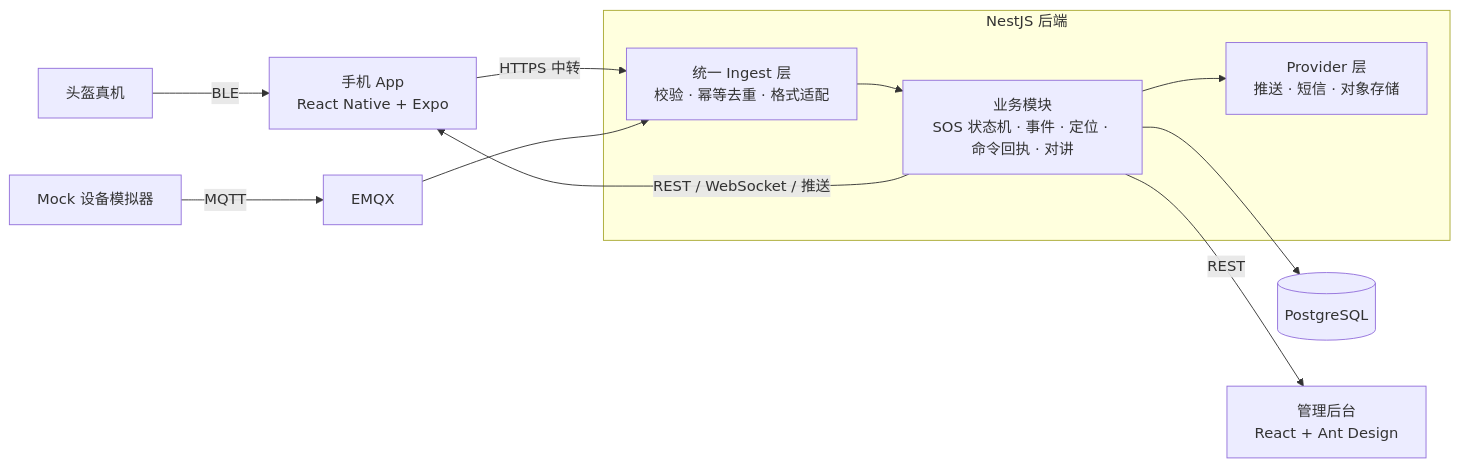
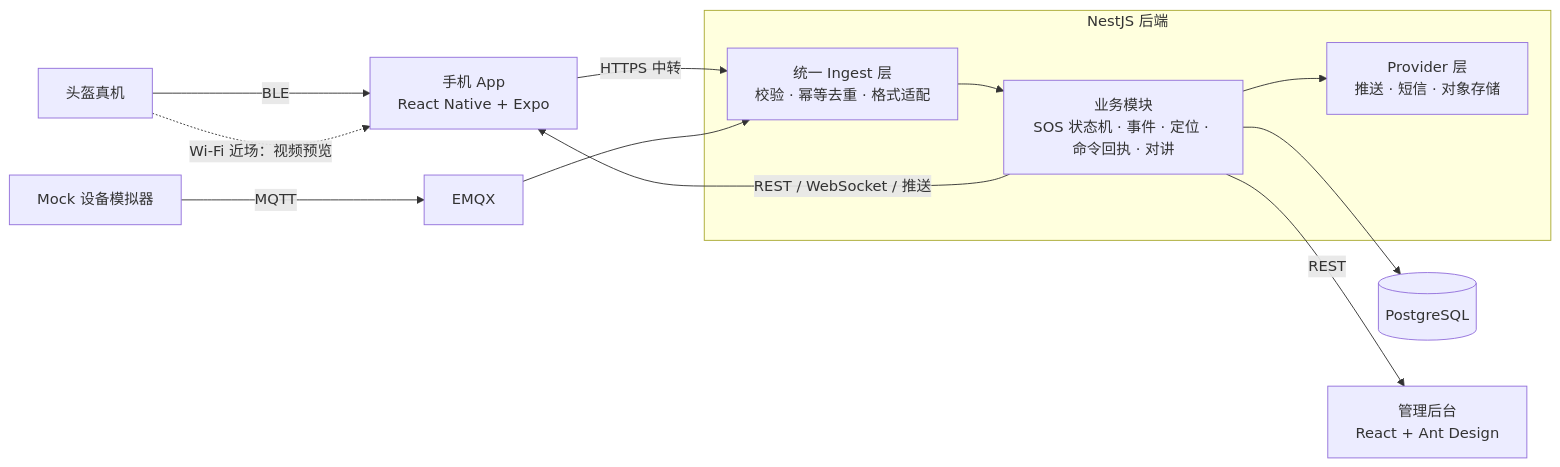
Before and after one commit to Dragolone/AI-Smart-Helmet-01WeiChuang: the first of 2 diagrams in README.md, drawn with Mermaid. The commit also changed other lines of this file, not shown here.

Commit message:
docs(readme): 更新到 10-26——App 名零一智行、仓库已公开、补蓝牙中转与视频预览、Mock 中转模式与 tour 剧本、文档索引与当前状态

````diff
--- a/README.md
+++ b/README.md
@@ -32,14 +34,15 @@
 ```mermaid
 flowchart LR
   helmet["头盔真机"] -- "BLE" --> app["手机 App<br/>React Native + Expo"]
+  helmet -.->|"Wi-Fi 近场：视频预览"| app
   app -- "HTTPS 中转" --> ingest
   mock["Mock 设备模拟器"] -- "MQTT" --> emqx["EMQX"]
   emqx --> ingest
   subgraph backend["NestJS 后端"]
     ingest["统一 Ingest 层<br/>校验 · 幂等去重 · 格式适配"] --> biz["业务模块<br/>SOS 状态机 · 事件 · 定位 · 命令回执 · 对讲"]
     biz --> prov["Provider 层<br/>推送 · 短信 · 对象存储"]
   end
   biz --> pg[("PostgreSQL")]
   biz -- "REST / WebSocket / 推送" --> app
   biz -- "REST" --> admin["管理后台<br/>React + Ant Design"]
 ```
````
